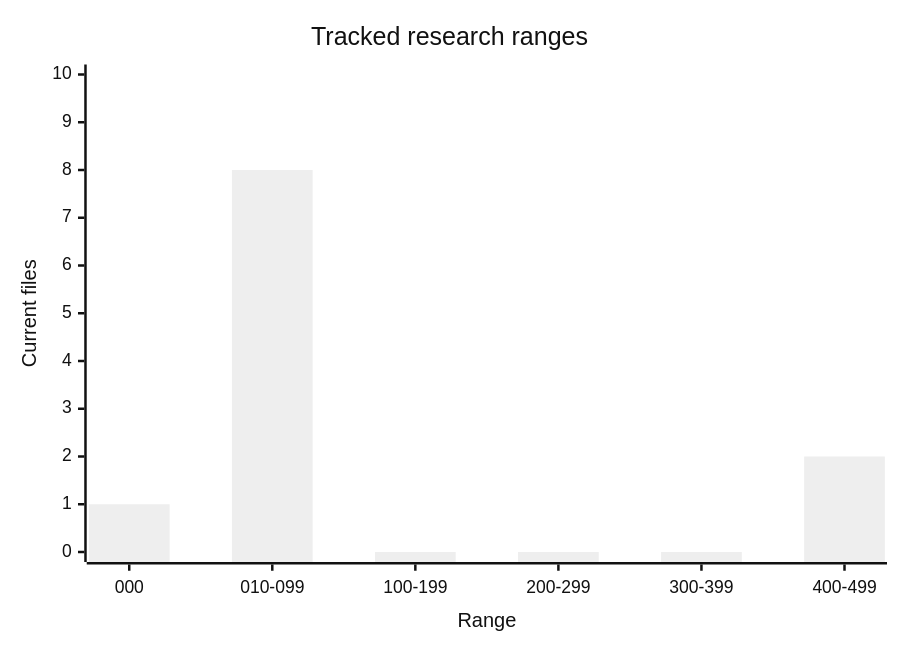
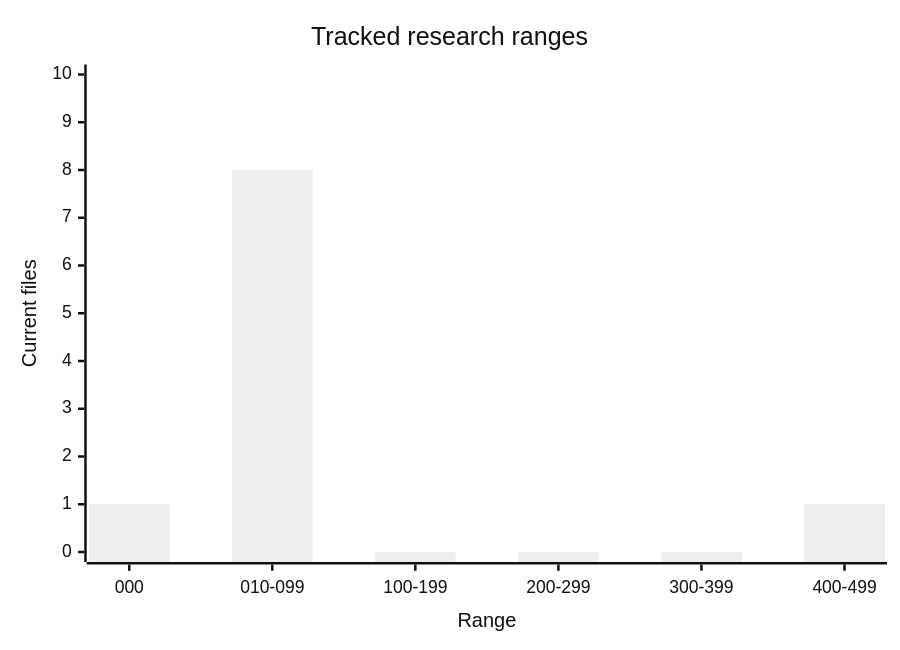
The second of 2 diagrams in docs/research/000_LEGEND.md (tryskian/scorey), drawn with Mermaid (neutral theme) before and after one commit. The commit also changed other lines of this file and 17 other files, not shown here.

````diff
--- a/docs/research/000_LEGEND.md
+++ b/docs/research/000_LEGEND.md
@@ -57,7 +55,7 @@
 ```mermaid
 xychart-beta
   title "Tracked research ranges"
   x-axis "Range" ["000", "010-099", "100-199", "200-299", "300-399", "400-499"]
   y-axis "Current files" 0 --> 10
-  bar "Files" [1, 8, 0, 0, 0, 2]
+  bar "Files" [1, 8, 0, 0, 0, 1]
 ```
````
